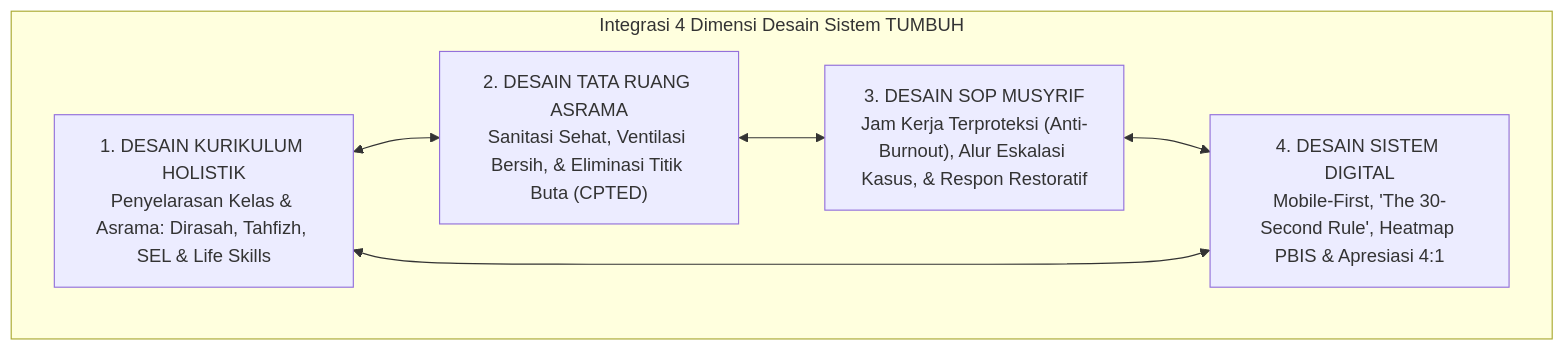
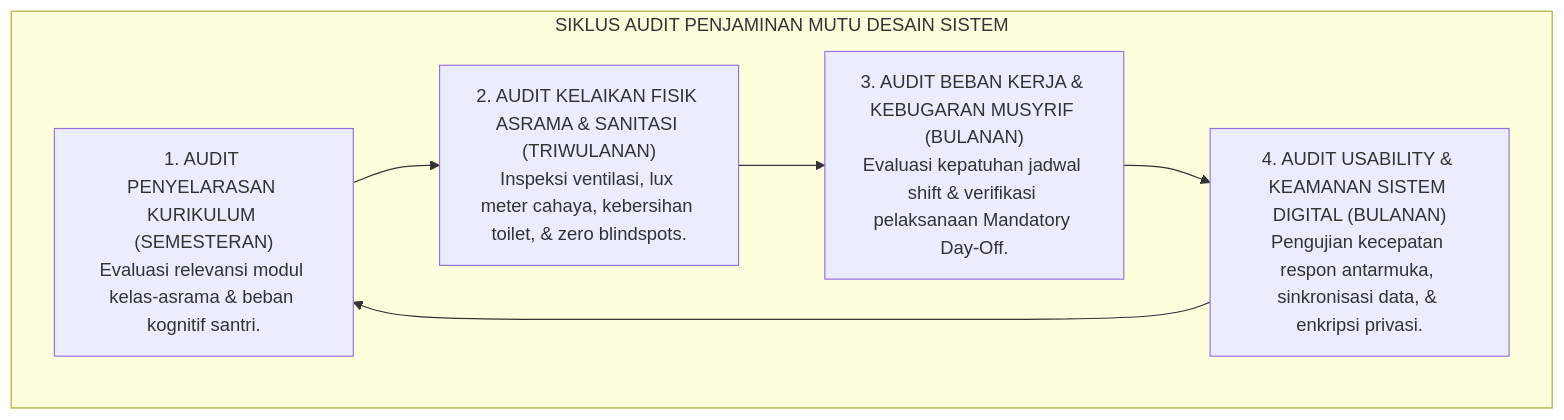
The fourth of 4 diagrams in 02 Principles/02 Design Principles/P2-02-05-Sintesis-Design-Principles-TUMBUH.md (wandiapriliyandi/tumbuh), drawn with Mermaid before and after one commit. The commit also changed other lines of this file and 42 other files, not shown here.

````diff
--- a/02 Principles/02 Design Principles/P2-02-05-Sintesis-Design-Principles-TUMBUH.md
+++ b/02 Principles/02 Design Principles/P2-02-05-Sintesis-Design-Principles-TUMBUH.md
@@ -10,14 +182,14 @@
 ```mermaid
-graph TD
-    subgraph Ekosistem_Desain_TUMBUH["Integrasi 4 Dimensi Desain Sistem TUMBUH"]
-        D1["1. DESAIN KURIKULUM HOLISTIK<br/>Penyelarasan Kelas & Asrama: Dirasah, Tahfizh, SEL & Life Skills"]
-        D2["2. DESAIN TATA RUANG ASRAMA<br/>Sanitasi Sehat, Ventilasi Bersih, & Eliminasi Titik Buta (CPTED)"]
-        D3["3. DESAIN SOP MUSYRIF<br/>Jam Kerja Terproteksi (Anti-Burnout), Alur Eskalasi Kasus, & Respon Restoratif"]
-        D4["4. DESAIN SISTEM DIGITAL<br/>Mobile-First, 'The 30-Second Rule', Heatmap PBIS & Apresiasi 4:1"]
-
-        D1 <--> D2
-        D2 <--> D3
-        D3 <--> D4
-        D4 <--> D1
+flowchart TD
+    subgraph SiklusPenjaminanMutuDesain["SIKLUS AUDIT PENJAMINAN MUTU DESAIN SISTEM"]
+        AuditKurikulum["1. AUDIT PENYELARASAN KURIKULUM (SEMESTERAN)<br/>Evaluasi relevansi modul kelas-asrama & beban kognitif santri."]
+        
+        AuditFisik["2. AUDIT KELAIKAN FISIK ASRAMA & SANITASI (TRIWULANAN)<br/>Inspeksi ventilasi, lux meter cahaya, kebersihan toilet, & zero blindspots."]
+        
+        AuditSDM["3. AUDIT BEBAN KERJA & KEBUGARAN MUSYRIF (BULANAN)<br/>Evaluasi kepatuhan jadwal shift & verifikasi pelaksanaan Mandatory Day-Off."]
+        
+        AuditIT["4. AUDIT USABILITY & KEAMANAN SISTEM DIGITAL (BULANAN)<br/>Pengujian kecepatan respon antarmuka, sinkronisasi data, & enkripsi privasi."]
+        
+        AuditKurikulum --> AuditFisik --> AuditSDM --> AuditIT --> AuditKurikulum
     end
 ```
````
